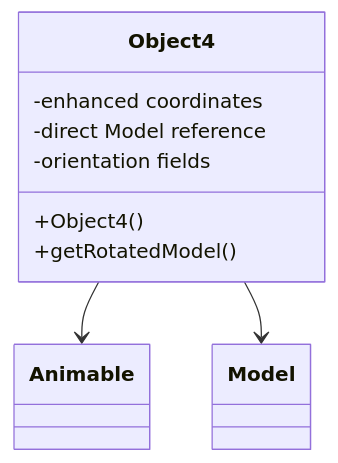
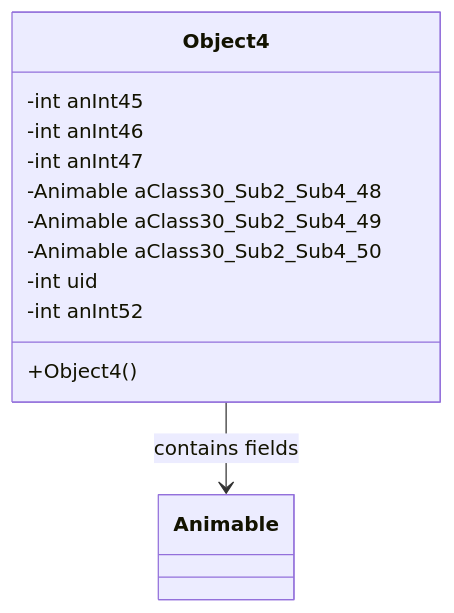
One commit to daxxog/solmud changed the diagram in bytecode/mapping/evidence/verified/Object4_BMEXSMOV.md. Above: the diagram before and after it, drawn with Mermaid. The commit also changed other lines of this file and 32 other files, not shown here.

````diff
--- a/bytecode/mapping/evidence/verified/Object4_BMEXSMOV.md
+++ b/bytecode/mapping/evidence/verified/Object4_BMEXSMOV.md
@@ -16,10 +16,13 @@
 ```mermaid
 classDiagram
-    Object4 --> Animable
-    Object4 --> Model
+    Object4 --> Animable : contains fields
     Object4 : +Object4()
-    Object4 : -enhanced coordinates
-    Object4 : -direct Model reference
-    Object4 : -orientation fields
-    Object4 : +getRotatedModel()
+    Object4 : -int anInt45
+    Object4 : -int anInt46  
+    Object4 : -int anInt47
+    Object4 : -Animable aClass30_Sub2_Sub4_48
+    Object4 : -Animable aClass30_Sub2_Sub4_49
+    Object4 : -Animable aClass30_Sub2_Sub4_50
+    Object4 : -int uid
+    Object4 : -int anInt52
 ```
````
